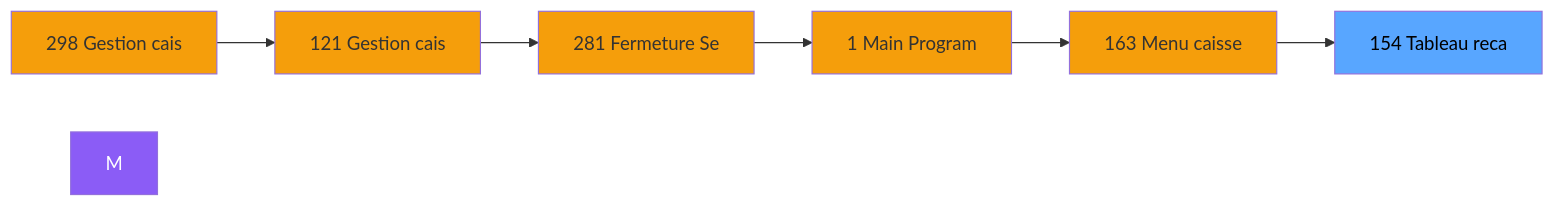
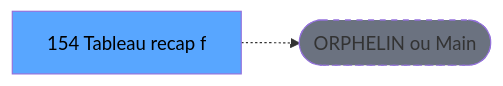
One commit to thonyAGP/lecteur-magic changed the second of 3 diagrams in .openspec/specs/ADH-IDE-154.md. Above: the diagram before and after it, drawn with Mermaid. The commit also changed other lines of this file and 701 other files, not shown here.

````diff
--- a/.openspec/specs/ADH-IDE-154.md
+++ b/.openspec/specs/ADH-IDE-154.md
@@ -149,21 +140,8 @@
 ```mermaid
 graph LR
-    N298[298 Gestion cais]
-    N121[121 Gestion cais]
-    N281[281 Fermeture Se]
-    N1[1 Main Program]
-    N163[163 Menu caisse ]
-    T[154 Tableau reca]
-    N298 --> N121
-    N121 --> N281
-    N281 --> N1
-    N1 --> N163
-    N163 --> T
-    style M fill:#8b5cf6,color:#fff
-    style N298 fill:#f59e0b
-    style N121 fill:#f59e0b
-    style N281 fill:#f59e0b
-    style N1 fill:#f59e0b
-    style N163 fill:#f59e0b
+    T[154 Tableau recap f]
+    ORPHAN([ORPHELIN ou Main])
+    T -.-> ORPHAN
     style T fill:#58a6ff,color:#000
+    style ORPHAN fill:#6b7280,stroke-dasharray: 5 5
 ```
````
